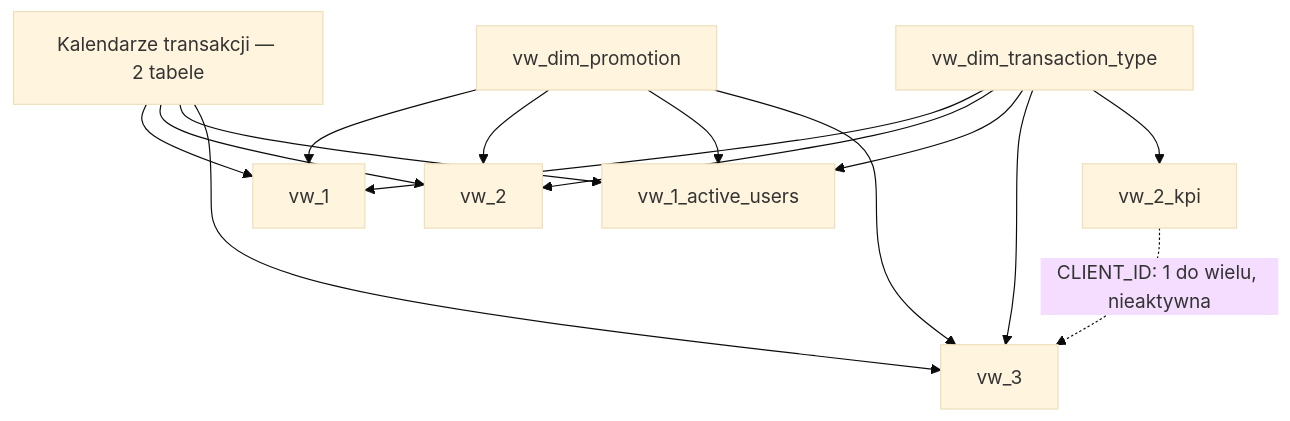
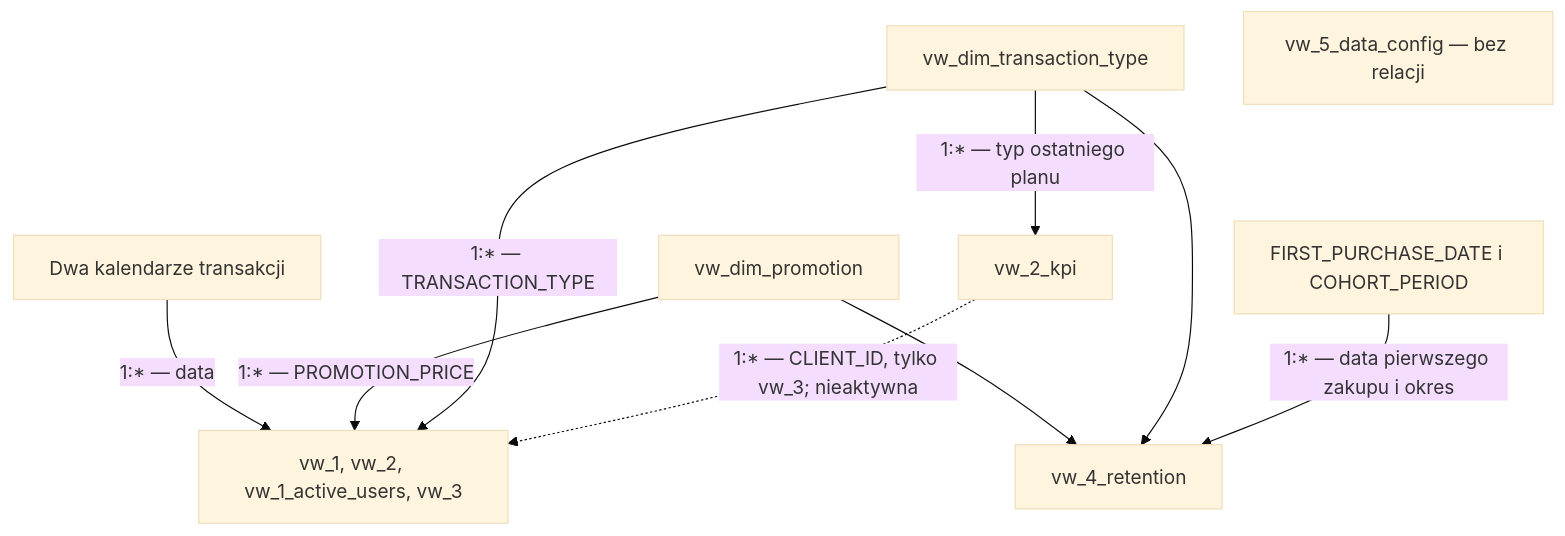
Before and after one commit to PBugowski/PBugowski.github.io: the diagram in 2/README.md, drawn with Mermaid (base theme). The commit also changed other lines of this file, not shown here.

````diff
--- a/2/README.md
+++ b/2/README.md
@@ -186,26 +280,12 @@
 ```mermaid
-flowchart TB
-    D["Kalendarze transakcji — 2 tabele"]
-    P["vw_dim_promotion"]
-    T["vw_dim_transaction_type"]
-    V1["vw_1"]
-    V2["vw_2"]
-    A["vw_1_active_users"]
-    V3["vw_3"]
-    K["vw_2_kpi"]
-
-    D --> V1
-    D --> V2
-    D --> A
-    D --> V3
-    P --> V1
-    P --> V2
-    P --> A
-    P --> V3
-    T --> V1
-    T --> V2
-    T --> A
-    T --> V3
-    T --> K
-    K -. "CLIENT_ID: 1 do wielu, nieaktywna" .-> V3
+flowchart TD
+    D["Dwa kalendarze transakcji"] -->|"1:* — data"| R["vw_1, vw_2, vw_1_active_users, vw_3"]
+    P["vw_dim_promotion"] -->|"1:* — PROMOTION_PRICE"| R
+    T["vw_dim_transaction_type"] -->|"1:* — TRANSACTION_TYPE"| R
+    T -->|"1:* — typ ostatniego planu"| K["vw_2_kpi"]
+    K -. "1:* — CLIENT_ID, tylko vw_3; nieaktywna" .-> R
+    P --> C["vw_4_retention"]
+    T --> C
+    H["FIRST_PURCHASE_DATE i COHORT_PERIOD"] -->|"1:* — data pierwszego zakupu i okres"| C
+    S["vw_5_data_config — bez relacji"]
 ```
````
